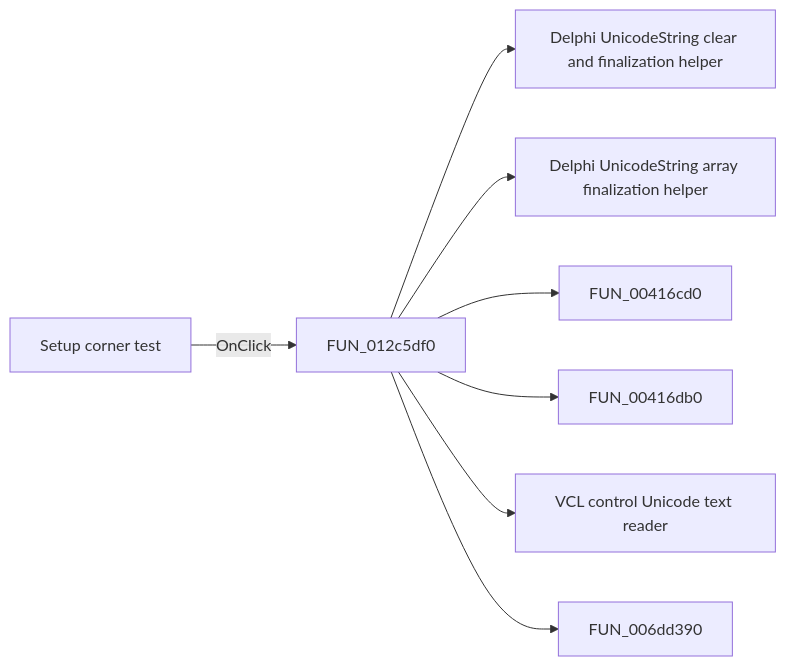
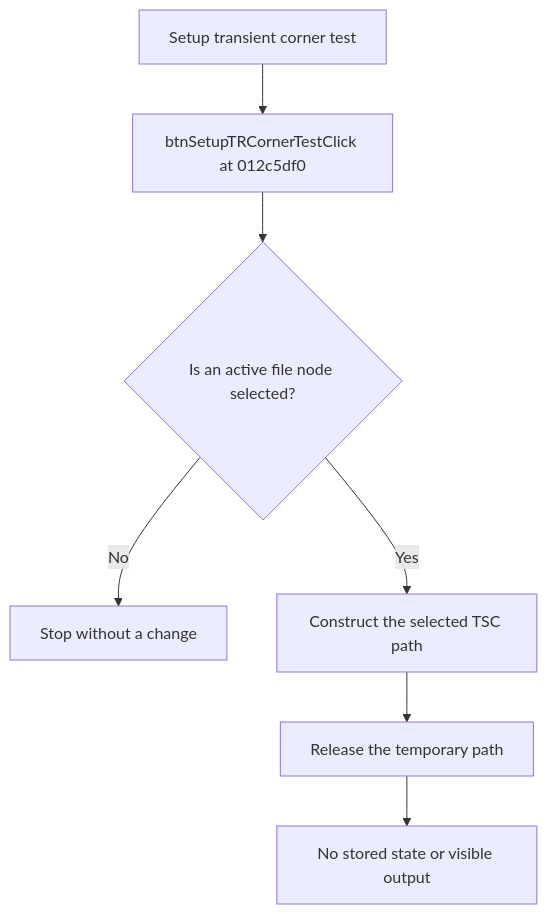
One commit to MovGP0/TIARA changed the diagram in docs/ui-controls/frmtestbencheditor/btnsetuptrcornertest-2f93619fea.md. Above: the diagram before and after it, drawn with Mermaid. The commit also changed other lines of this file and 387 other files, not shown here.

````diff
--- a/docs/ui-controls/frmtestbencheditor/btnsetuptrcornertest-2f93619fea.md
+++ b/docs/ui-controls/frmtestbencheditor/btnsetuptrcornertest-2f93619fea.md
@@ -27,10 +19,9 @@
 ```mermaid
-flowchart LR
-    control["Setup corner test"] -->|OnClick| handler["FUN_012c5df0"]
-    handler --> call1["Delphi UnicodeString clear and finalization helper"]
-    handler --> call2["Delphi UnicodeString array finalization helper"]
-    handler --> call3["FUN_00416cd0"]
-    handler --> call4["FUN_00416db0"]
-    handler --> call5["VCL control Unicode text reader"]
-    handler --> call6["FUN_006dd390"]
+flowchart TD
+    control["Setup transient corner test"] --> handler["btnSetupTRCornerTestClick at 012c5df0"]
+    handler --> selected{"Is an active file node selected?"}
+    selected -->|No| stop["Stop without a change"]
+    selected -->|Yes| path["Construct the selected TSC path"]
+    path --> release["Release the temporary path"]
+    release --> noEffect["No stored state or visible output"]
 ```
````
